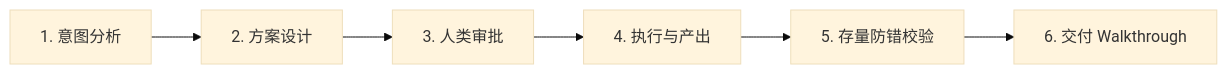
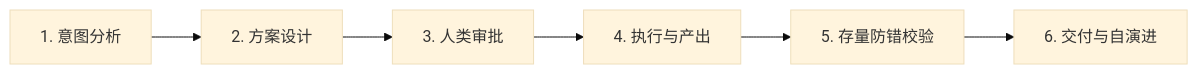
Before and after one commit to panlongio/hvaos: the diagram in 03-processes.md, drawn with Mermaid (base theme). The commit also changed other lines of this file and 16 other files, not shown here.

````diff
--- a/03-processes.md
+++ b/03-processes.md
@@ -11,8 +15,8 @@
 ```mermaid
 graph LR
     A[1. 意图分析] --> B[2. 方案设计]
     B --> C[3. 人类审批]
     C --> D[4. 执行与产出]
     D --> E[5. 存量防错校验]
-    E --> F[6. 交付 Walkthrough]
+    E --> F[6. 交付与自演进]
 ```
````
